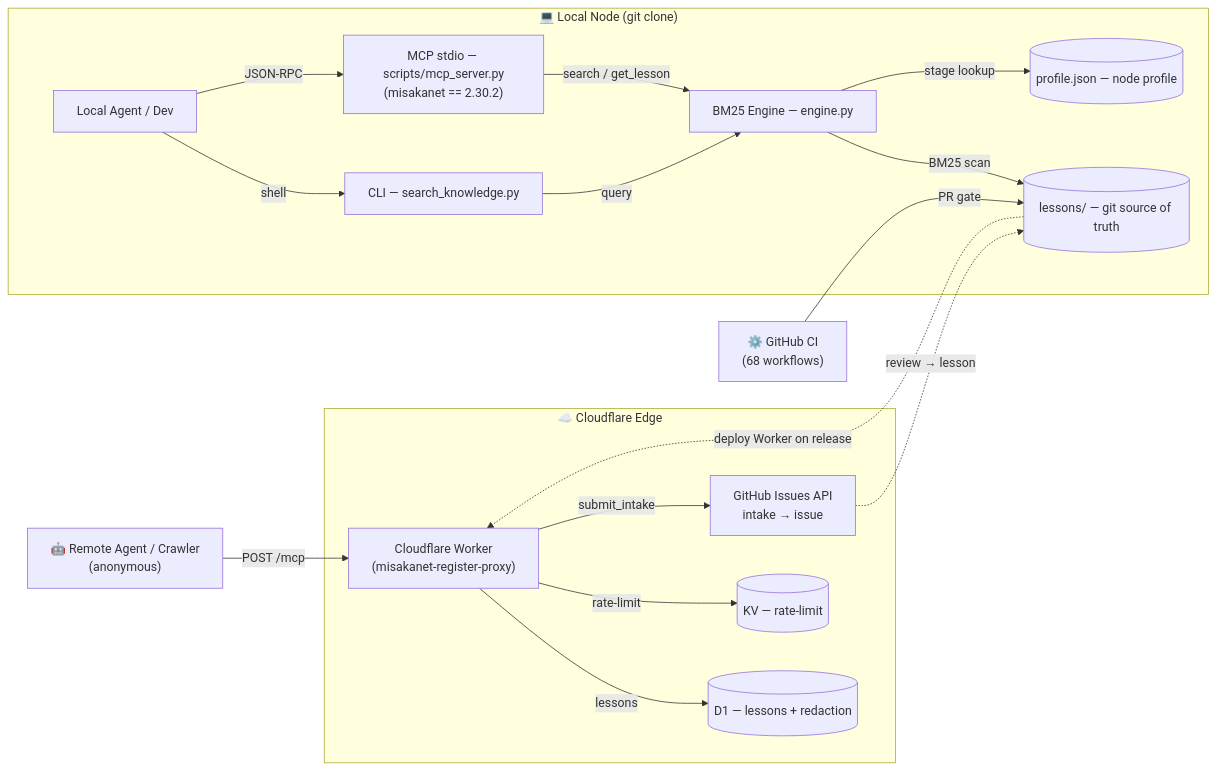
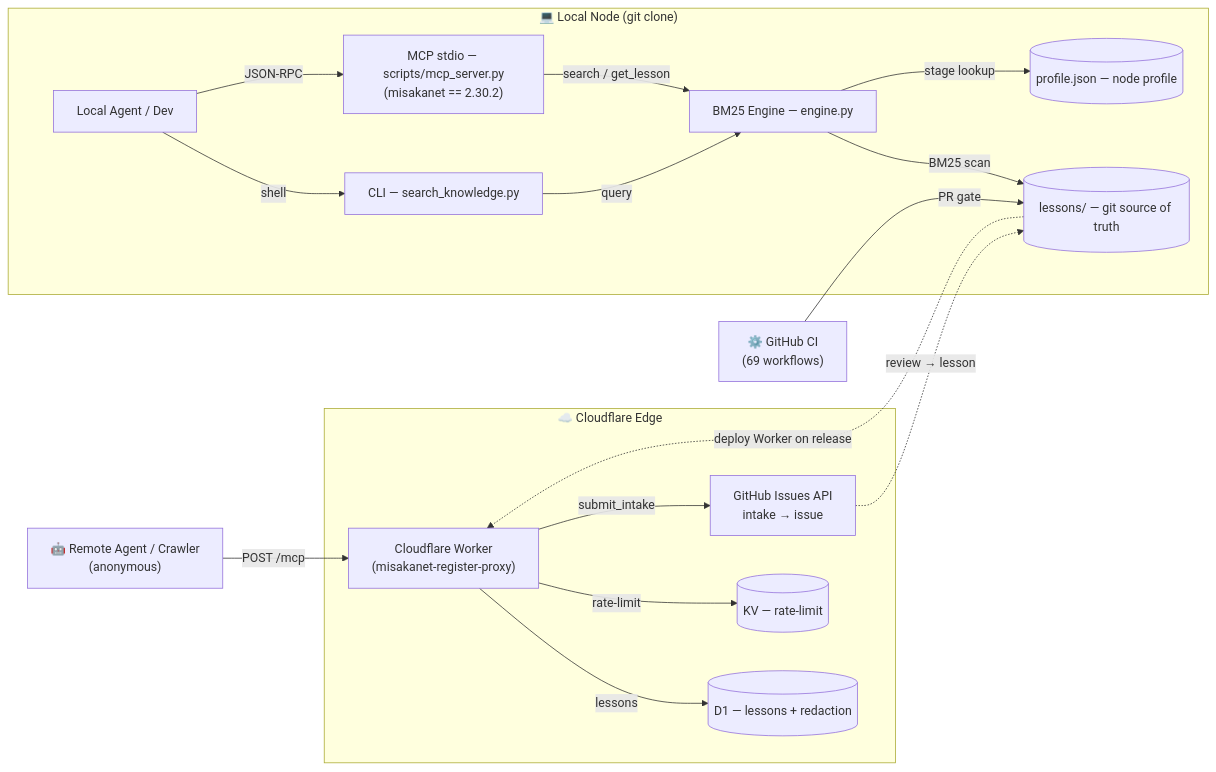
The diagram in README.md (Ikalus1988/MisakaNet), drawn with Mermaid before and after one commit. The commit also changed other lines of this file and 1 other file, not shown here.

Commit message:
docs(maintainer): correct the audit's final counts, and the 68→69 workflow number in README
Two corrections to the automation inventory, both from re-checking rather than re-reading:

* the classification counts are **18 / 7 / 4 / 1** (the draft had 18/6/5/1). `auto-merge-docs.yml`
  moves from "promised but cannot produce anything" to "exists, no evidence anyone used it": the
  channel is wired and its `if` does fire — it has simply never had a qualifying input (external
  author + the right label + docs-only; the one external PR carrying that label, #1756, has two
  `.mjs` files, so `Docs-only: false` was correct). The measured fact stays in the row: 59 sampled
  success logs, all `Docs-only: false`, zero "Auto-merge enabled".
* `README.md:485,504` said "68 workflows" while the directory has 69 — the number is outside
  `sync_lesson_count.py`'s SSOT registry, so no gate would ever have caught it. Fixed in both
  places; the drift itself is recorded in the inventory as an example of an unguarded public count.

````diff
--- a/README.md
+++ b/README.md
@@ -466,37 +466,37 @@
 ```mermaid
 flowchart LR
     subgraph Edge["☁️ Cloudflare Edge"]
         Worker["Cloudflare Worker<br/>(misakanet-register-proxy)"]
         D1[("D1 — lessons + redaction")]
         KV[("KV — rate-limit")]
         Intake["GitHub Issues API<br/>intake → issue"]
     end
 
     subgraph Local["💻 Local Node (git clone)"]
         User["Local Agent / Dev"]
         CLI["CLI — search_knowledge.py"]
         MCP["MCP stdio — scripts/mcp_server.py<br/>(misakanet == 2.30.2)"]
         Engine["BM25 Engine — engine.py"]
         Lessons[("lessons/ — git source of truth")]
         Profile[("profile.json — node profile")]
     end
 
     Crawler["🤖 Remote Agent / Crawler<br/>(anonymous)"]
-    CI["⚙️ GitHub CI<br/>(68 workflows)"]
+    CI["⚙️ GitHub CI<br/>(69 workflows)"]
 
     Crawler -- "POST /mcp" --> Worker
     Worker -- "lessons" --> D1
     Worker -- "rate-limit" --> KV
     Worker -- "submit_intake" --> Intake
     Intake -. "review → lesson" .-> Lessons
 
     User -- "shell" --> CLI
     User -- "JSON-RPC" --> MCP
     CLI -- "query" --> Engine
     MCP -- "search / get_lesson" --> Engine
     Engine -- "BM25 scan" --> Lessons
     Engine -- "stage lookup" --> Profile
 
     CI -- "PR gate" --> Lessons
     Lessons -. "deploy Worker on release" .-> Worker
 ```
````
